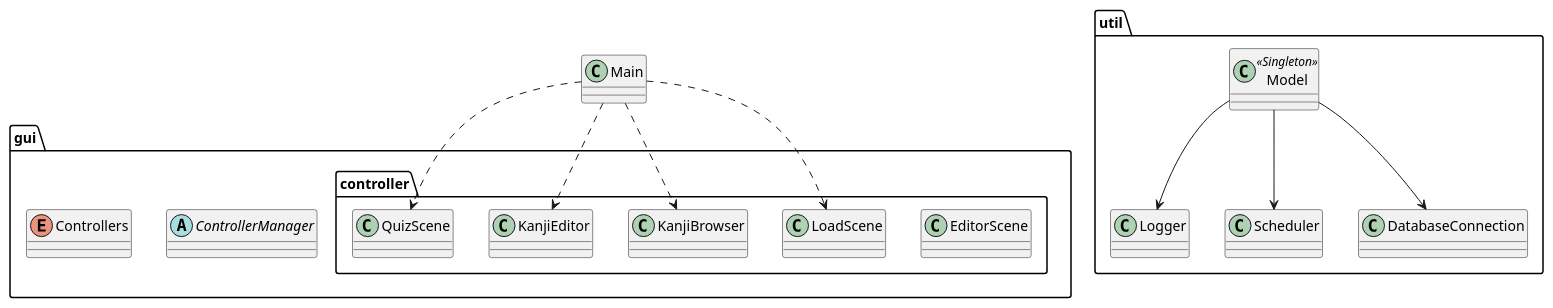
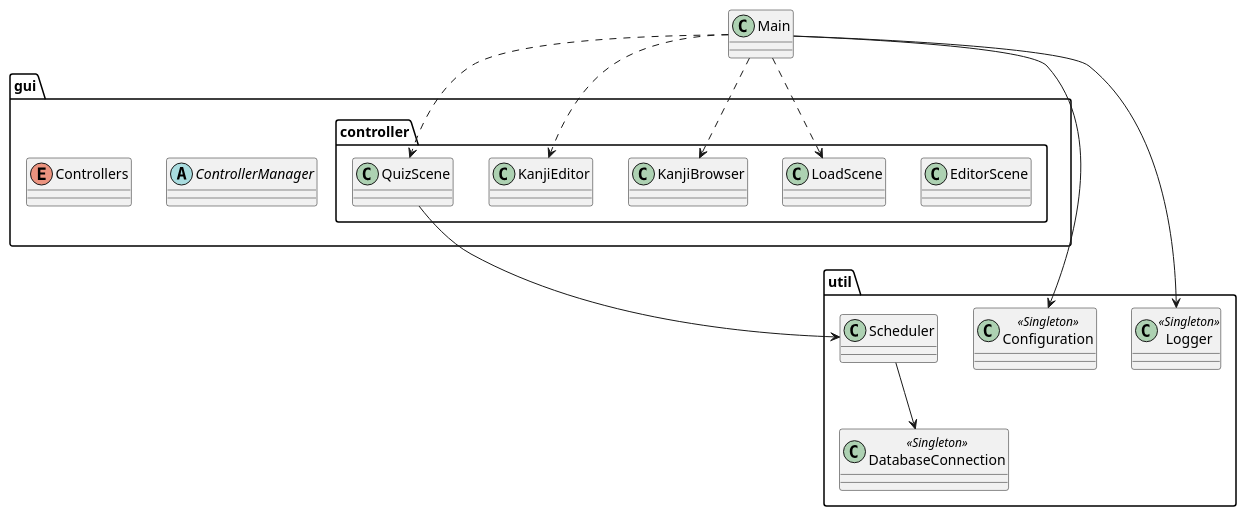
One commit to understanding-the-kanji/utk changed the diagram in docs/plantuml/class_relationship_diagram.puml. Above: the diagram before and after it, drawn with PlantUML. The commit also changed 23 other files, not shown here.

Commit message:
Add JavaDoc to All Classes and Begin work on DatabaseConnection

```diff
--- a/docs/plantuml/class_relationship_diagram.puml
+++ b/docs/plantuml/class_relationship_diagram.puml
@@ -1,27 +1,30 @@
 @startuml
 
 class Main
 
 abstract gui.ControllerManager
 enum gui.Controllers
 
 class gui.controller.EditorScene
 class gui.controller.LoadScene
 class gui.controller.KanjiBrowser
 class gui.controller.KanjiEditor
 
-class util.Model <<Singleton>>
-class util.Logger
 class util.Scheduler
-class util.DatabaseConnection
+
+class util.Configuration <<Singleton>>
+class util.Logger <<Singleton>>
+class util.DatabaseConnection <<Singleton>>
+
+Main --> util.Configuration
+Main --> util.Logger
 
 Main ..> gui.controller.LoadScene
 Main ..> gui.controller.QuizScene
 Main ..> gui.controller.KanjiBrowser
 Main ..> gui.controller.KanjiEditor
 
-util.Model --> util.DatabaseConnection
-util.Model --> util.Logger
-util.Model --> util.Scheduler
+gui.controller.QuizScene --> util.Scheduler
+util.Scheduler --> util.DatabaseConnection
 
 @enduml
```
